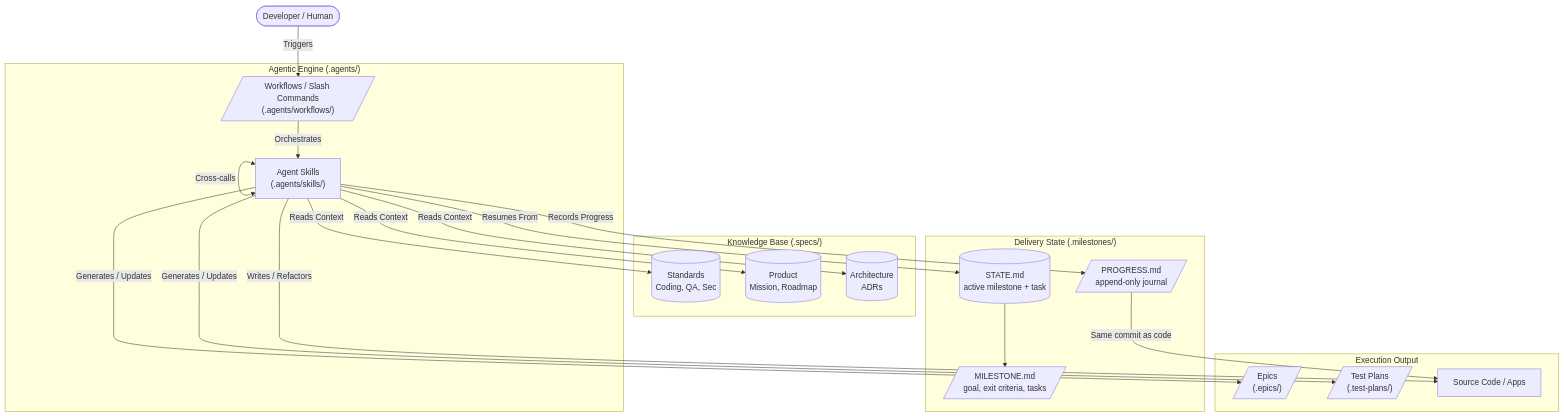
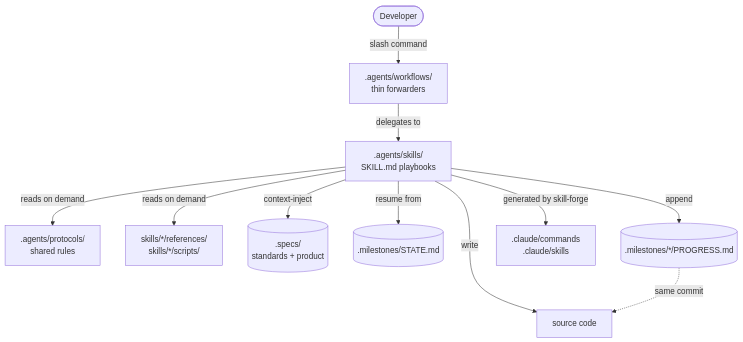
The diagram in AGENTIC_SYSTEM.md (huyz0/tasker), drawn with Mermaid before and after one commit. The commit also changed other lines of this file and 167 other files, not shown here.

First line of the commit message:
refactor(agents): consolidate the harness into a portable, tiered skill system

````diff
--- a/AGENTIC_SYSTEM.md
+++ b/AGENTIC_SYSTEM.md
@@ -16,43 +27,15 @@
 ```mermaid
 graph TD
-    User([Developer / Human]) --> |Triggers| Workflow
-    
-    subgraph "Agentic Engine (.agents/)"
-        Workflow[/"Workflows / Slash Commands\n(.agents/workflows/)"/]
-        Skill["Agent Skills\n(.agents/skills/)"]
-        
-        Workflow -->|Orchestrates| Skill
-        Skill <--> |Cross-calls| Skill
-    end
+    User([Developer]) -->|slash command| WF[".agents/workflows/<br/>thin forwarders"]
+    WF -->|delegates to| SK[".agents/skills/<br/>SKILL.md playbooks"]
+    SK -->|reads on demand| PR[".agents/protocols/<br/>shared rules"]
+    SK -->|reads on demand| RF["skills/*/references/<br/>skills/*/scripts/"]
 
-    subgraph "Knowledge Base (.specs/)"
-        Specs[("Standards\nCoding, QA, Sec")]
-        Product[("Product\nMission, Roadmap")]
-        Arch[("Architecture\nADRs")]
-    end
-    
-    subgraph "Delivery State (.milestones/)"
-        State[("STATE.md\nactive milestone + task")]
-        Plan[/"MILESTONE.md\ngoal, exit criteria, tasks"/]
-        Journal[/"PROGRESS.md\nappend-only journal"/]
-    end
+    SK -->|context-inject| SPEC[(".specs/<br/>standards + product")]
+    SK -->|resume from| STATE[(".milestones/STATE.md")]
+    SK -->|append| JOURNAL[(".milestones/*/PROGRESS.md")]
+    SK -->|write| CODE["source code"]
+    JOURNAL -.->|same commit| CODE
 
-    subgraph "Execution Output"
-        Epics[/"Epics\n(.epics/)"/]
-        TestPlans[/"Test Plans\n(.test-plans/)"/]
-        Code["Source Code / Apps"]
-    end
-
-    Skill -->|Reads Context| Specs
-    Skill -->|Reads Context| Product
-    Skill -->|Reads Context| Arch
-
-    Skill -->|Resumes From| State
-    State --> Plan
-    Skill -->|Records Progress| Journal
-    Journal -->|Same commit as code| Code
-
-    Skill -->|Generates / Updates| Epics
-    Skill -->|Generates / Updates| TestPlans
-    Skill -->|Writes / Refactors| Code
+    SK -->|generated by skill-forge| AD[".claude/commands<br/>.claude/skills"]
 ```
````
